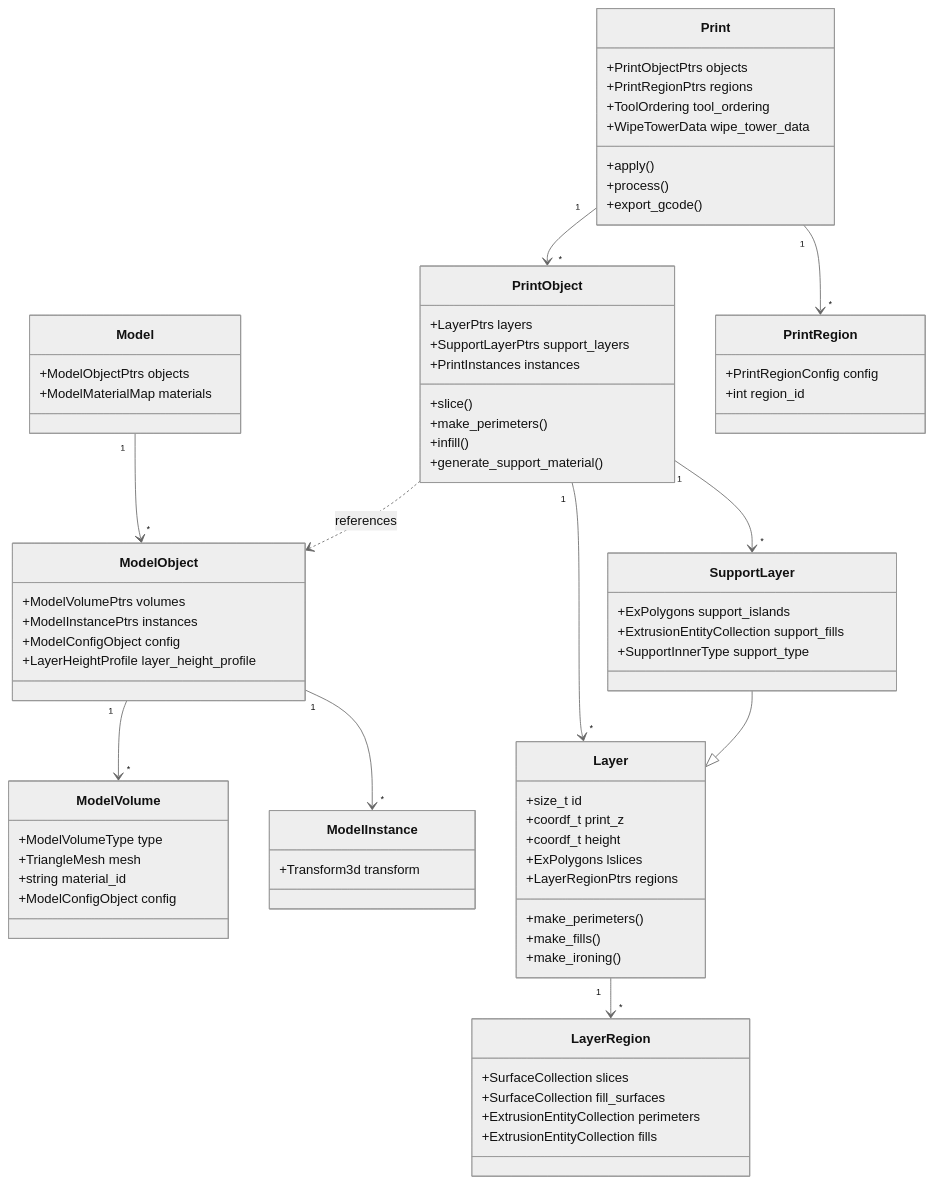
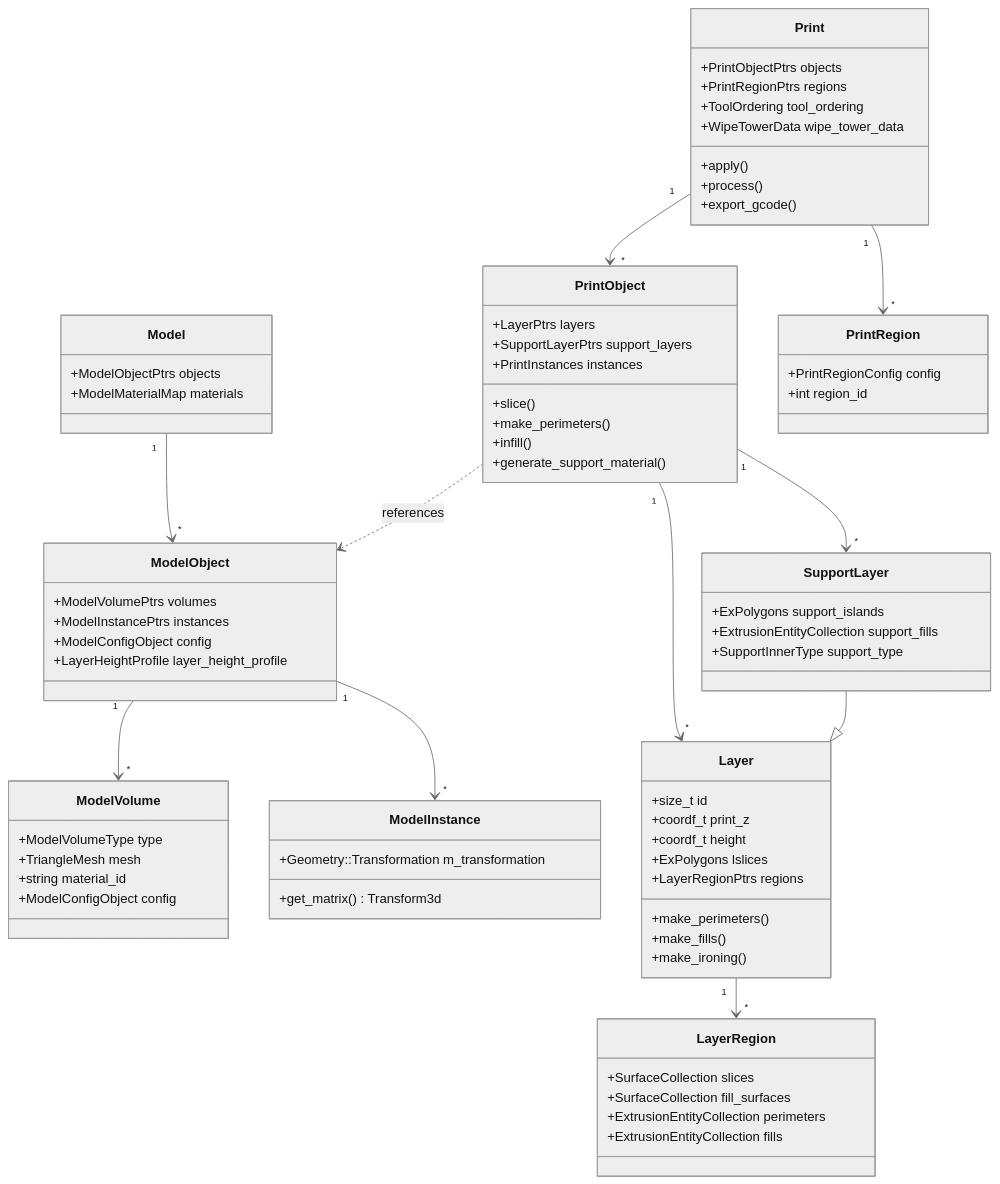
The third of 13 diagrams in doc/architecture.md (epatel/OrcaSlicer), drawn with Mermaid (neutral theme) before and after one commit. The commit also changed other lines of this file, not shown here.

First line of the commit message:
Fix architecture.md accuracy after codebase verification

```diff
--- a/doc/architecture.md
+++ b/doc/architecture.md
@@ -151,7 +154,8 @@
   }
 
   class ModelInstance {
-    +Transform3d transform
+    +Geometry::Transformation m_transformation
+    +get_matrix() Transform3d
   }
 
   Model "1" --> "*" ModelObject
```
